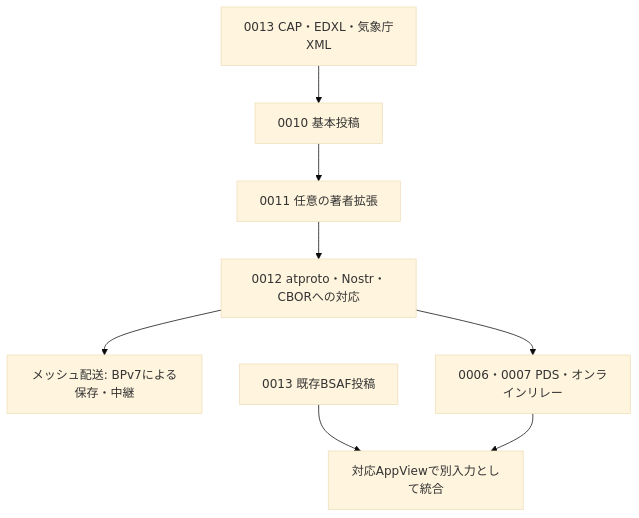
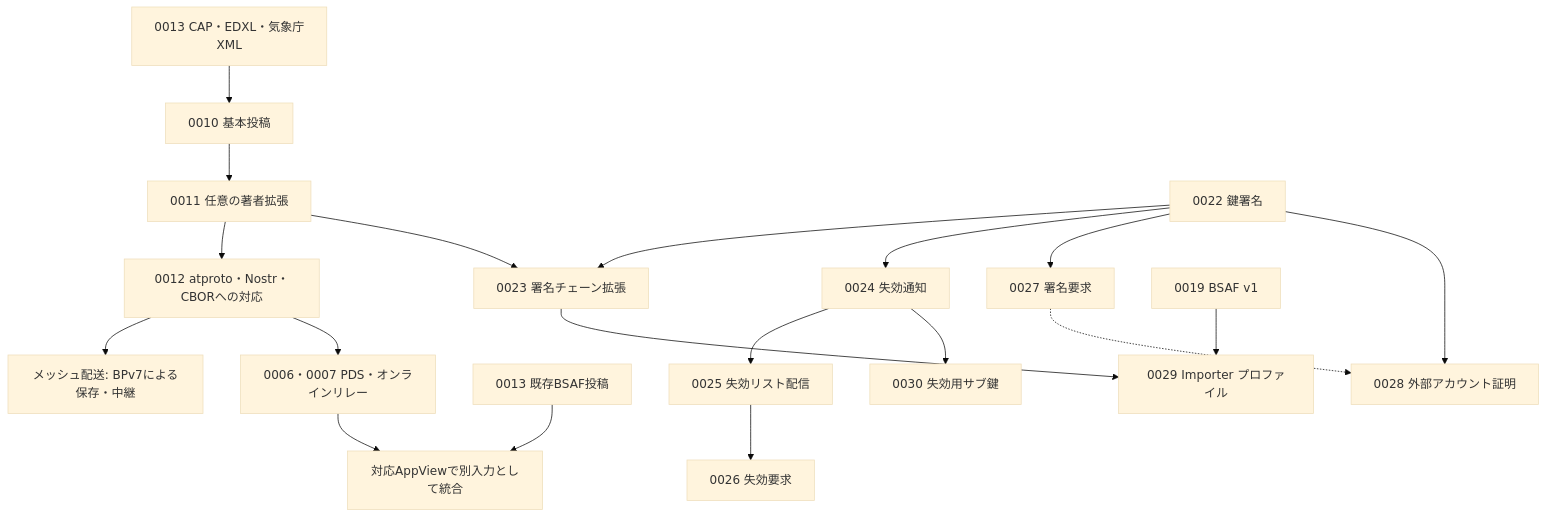
The diagram in protocol/README.md (jphacks/sd_2607), drawn with Mermaid (base theme) before and after one commit. The commit also changed other lines of this file and 20 other files, not shown here.

````diff
--- a/protocol/README.md
+++ b/protocol/README.md
@@ -28,10 +38,18 @@
 ```mermaid
 flowchart TD
   A[0010 基本投稿] --> B[0011 任意の著者拡張]
   B --> C[0012 atproto・Nostr・CBORへの対応]
   C --> D[メッシュ配送: BPv7による保存・中継]
   C --> E[0006・0007 PDS・オンラインリレー]
   F[0013 CAP・EDXL・気象庁XML] --> A
   G[0013 既存BSAF投稿] --> H[対応AppViewで別入力として統合]
   E --> H
+  I[0022 鍵署名] --> J[0023 署名チェーン拡張]
+  B --> J
+  I --> K[0024 失効通知] --> L[0025 失効リスト配信] --> M[0026 失効要求]
+  K --> R[0030 失効用サブ鍵]
+  I --> N[0027 署名要求] -.-> O[0028 外部アカウント証明]
+  I --> O
+  J --> P[0029 Importer プロファイル]
+  Q[0019 BSAF v1] --> P
 ```
````
